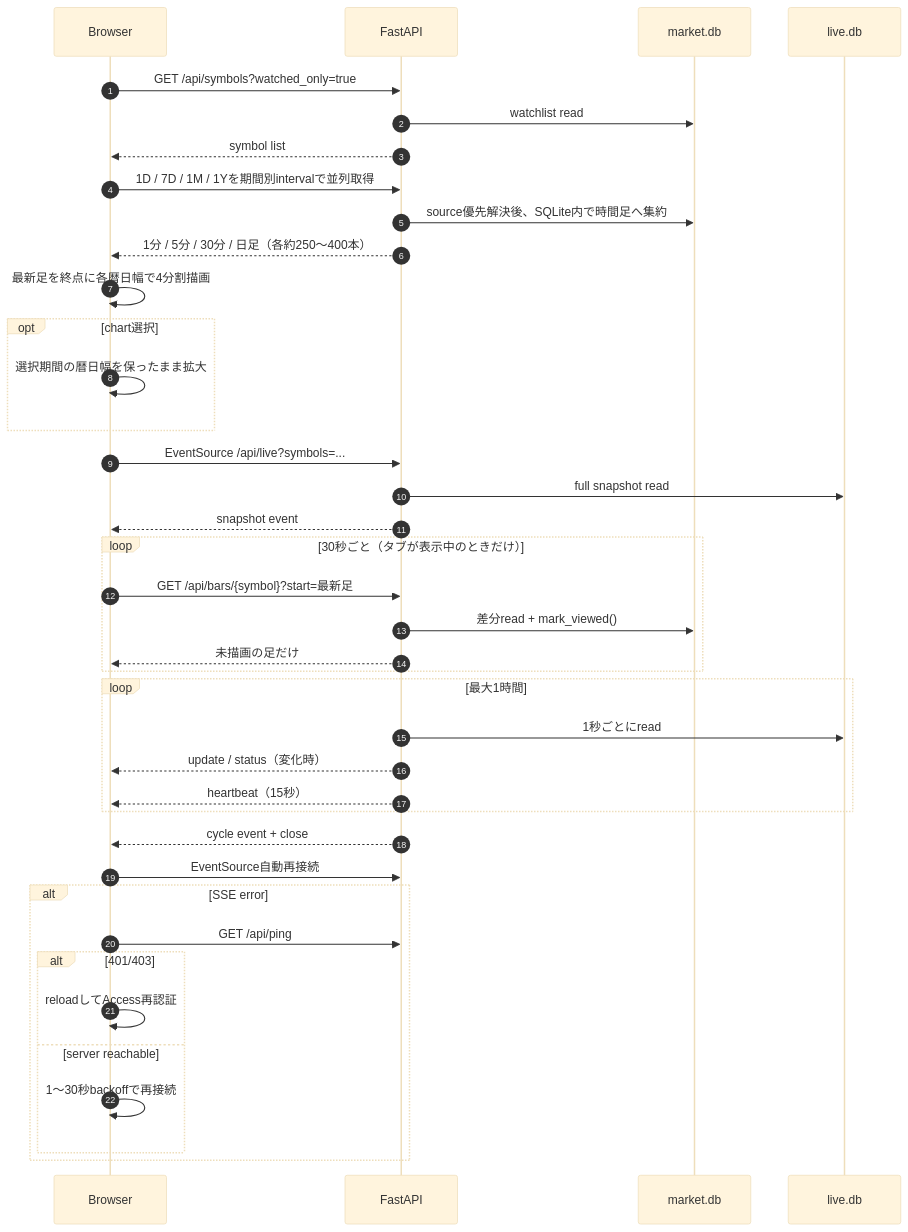
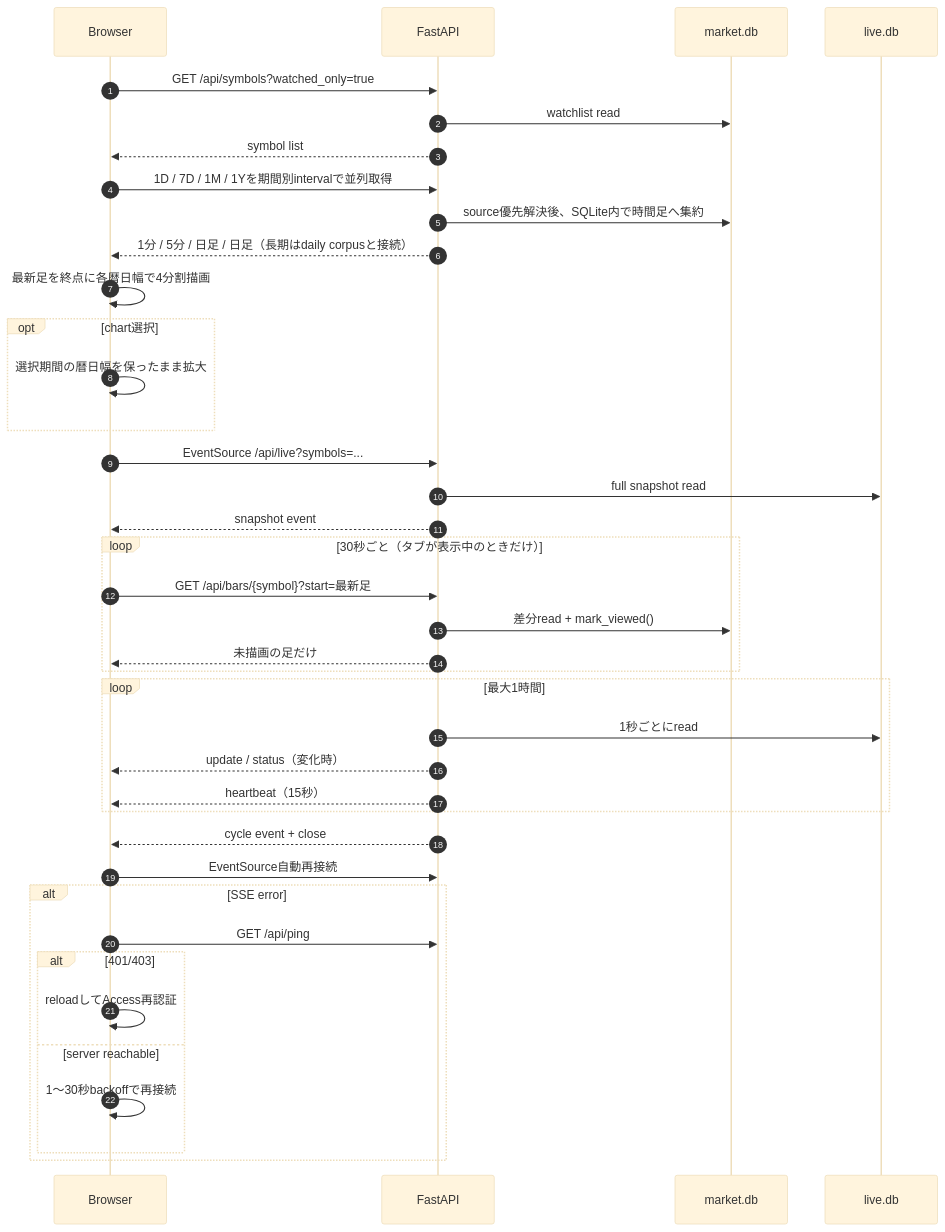
Before and after one commit to makechair/spelling-inconsistencies: the tenth of 17 diagrams in docs/system-architecture.md, drawn with Mermaid (base theme). The commit also changed other lines of this file and 4 other files, not shown here.

Commit message:
Join long daily history into wide charts [skip ci]

````diff
--- a/docs/system-architecture.md
+++ b/docs/system-architecture.md
@@ -584,43 +584,43 @@
 ```mermaid
 sequenceDiagram
     autonumber
     participant UI as Browser
     participant API as FastAPI
     participant M as market.db
     participant L as live.db
 
     UI->>API: GET /api/symbols?watched_only=true
     API->>M: watchlist read
     API-->>UI: symbol list
     UI->>API: 1D / 7D / 1M / 1Yを期間別intervalで並列取得
     API->>M: source優先解決後、SQLite内で時間足へ集約
-    API-->>UI: 1分 / 5分 / 30分 / 日足（各約250〜400本）
+    API-->>UI: 1分 / 5分 / 日足 / 日足（長期はdaily corpusと接続）
     UI->>UI: 最新足を終点に各暦日幅で4分割描画
     opt chart選択
         UI->>UI: 選択期間の暦日幅を保ったまま拡大
     end
     UI->>API: EventSource /api/live?symbols=...
     API->>L: full snapshot read
     API-->>UI: snapshot event
     loop 30秒ごと（タブが表示中のときだけ）
         UI->>API: GET /api/bars/{symbol}?start=最新足
         API->>M: 差分read + mark_viewed()
         API-->>UI: 未描画の足だけ
     end
     loop 最大1時間
         API->>L: 1秒ごとにread
         API-->>UI: update / status（変化時）
         API-->>UI: heartbeat（15秒）
     end
     API-->>UI: cycle event + close
     UI->>API: EventSource自動再接続
 
     alt SSE error
         UI->>API: GET /api/ping
         alt 401/403
             UI->>UI: reloadしてAccess再認証
         else server reachable
             UI->>UI: 1〜30秒backoffで再接続
         end
     end
 ```
````
